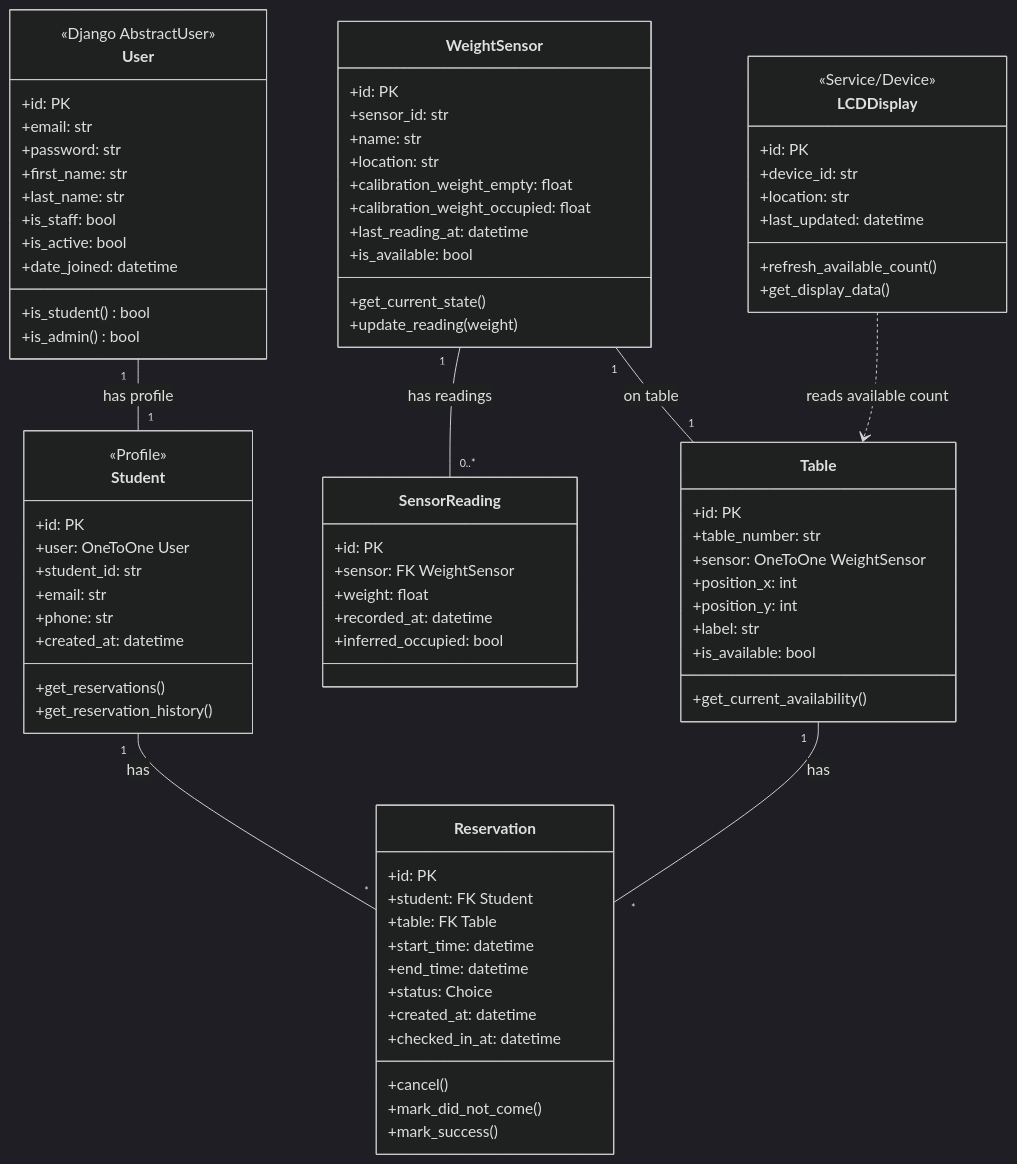
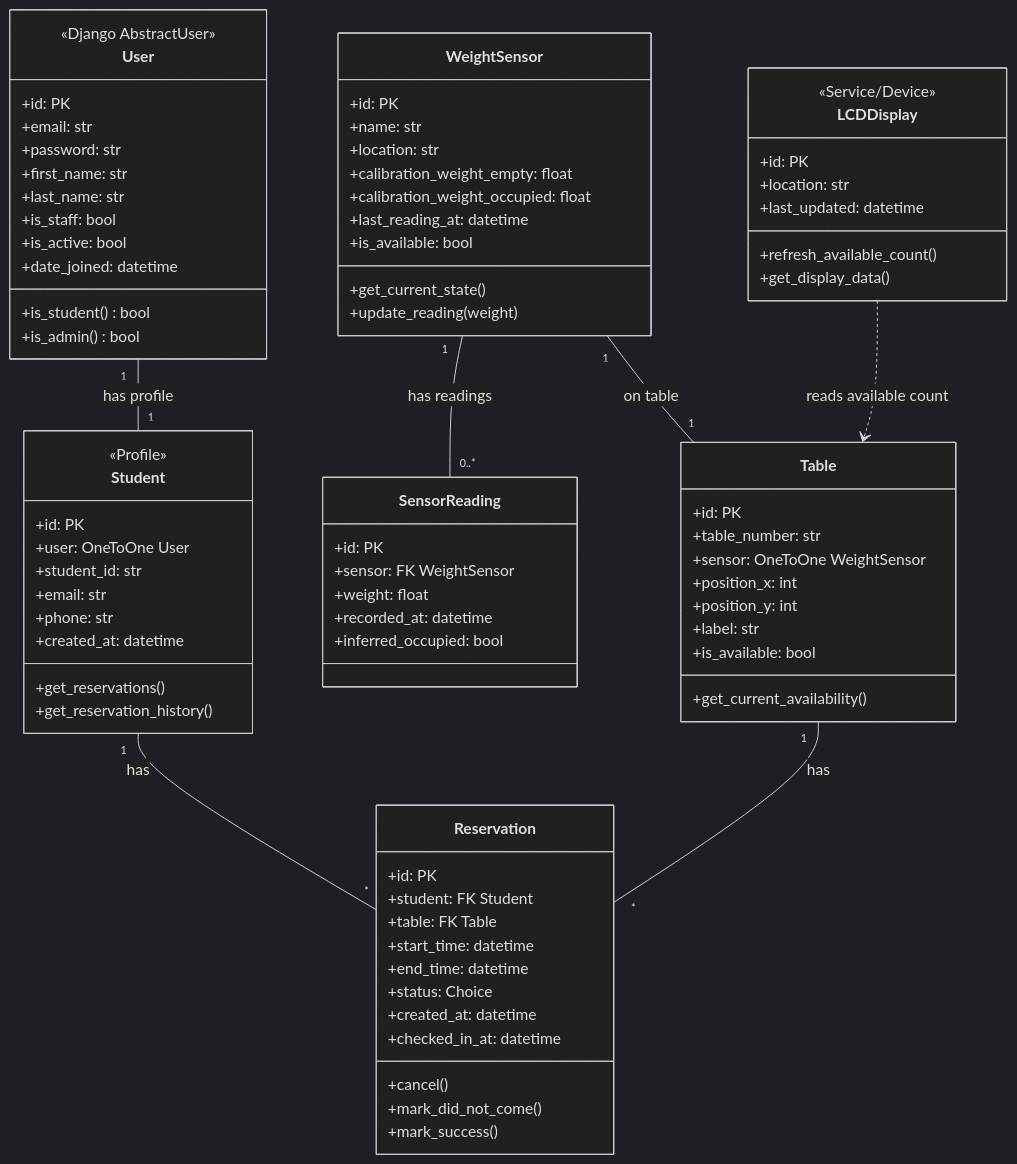
The diagram in docs/CLASS_DIAGRAM.md (LinThitHtwe/Capstone_backend), drawn with Mermaid (dark theme) before and after one commit.

```diff
--- a/docs/CLASS_DIAGRAM.md
+++ b/docs/CLASS_DIAGRAM.md
@@ -40,7 +40,6 @@
     %% ============ Physical / IoT Layer (sensor on table) ============
     class WeightSensor {
         +id: PK
-        +sensor_id: str
         +name: str
         +location: str
         +calibration_weight_empty: float
@@ -89,7 +88,6 @@
     class LCDDisplay {
         <<Service/Device>>
         +id: PK
-        +device_id: str
         +location: str
         +last_updated: datetime
         +refresh_available_count()
```
